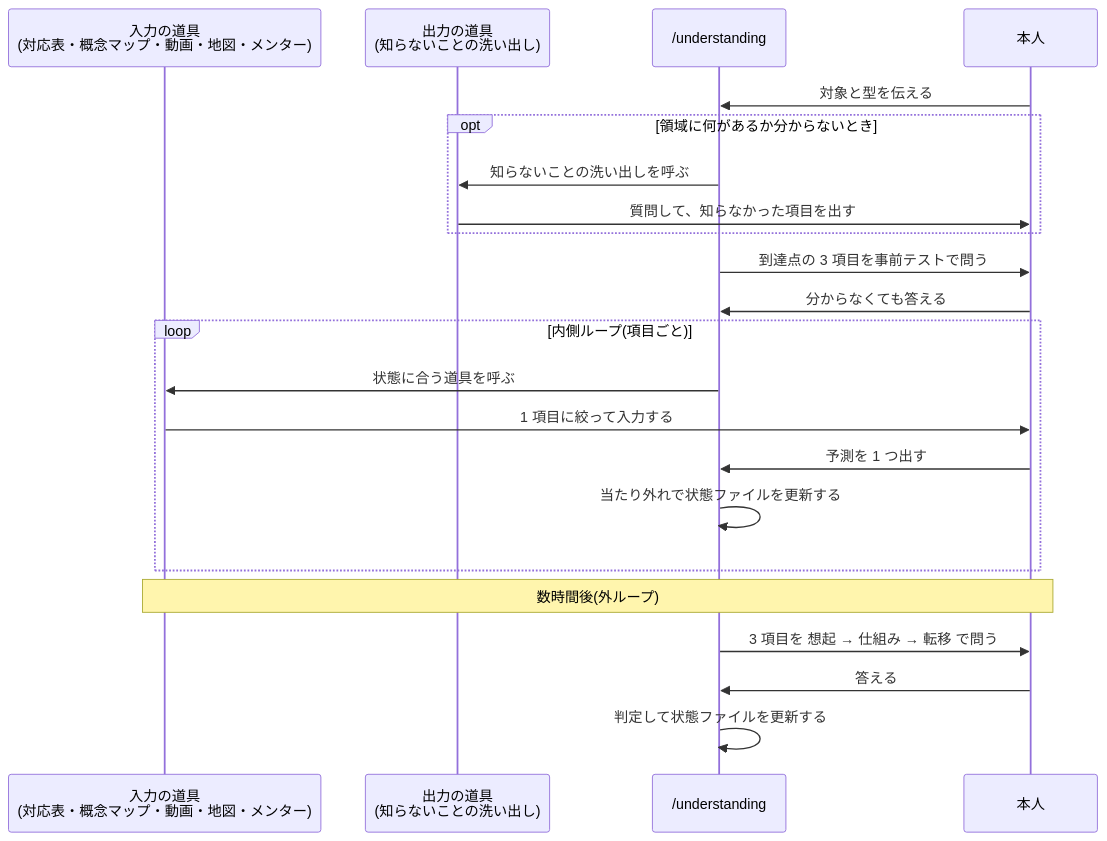
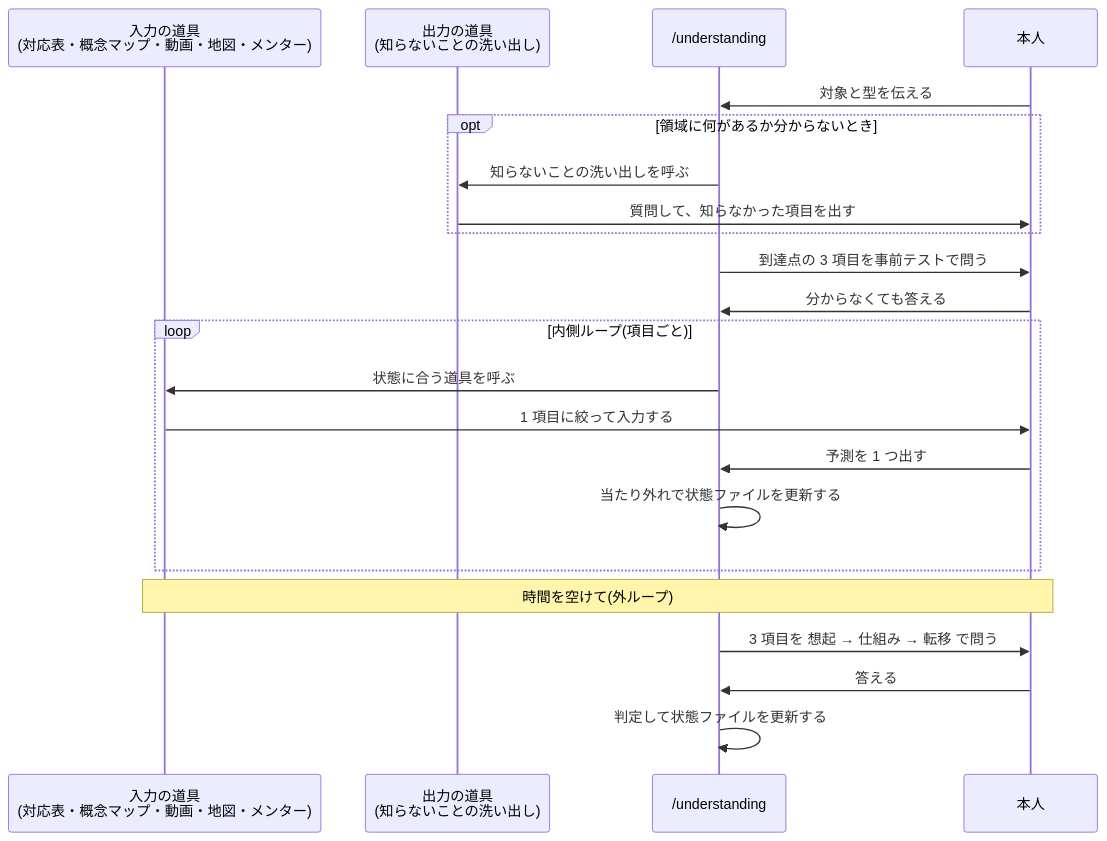
Before and after one commit to kimuchanman/kimuchanman.github.io: the second of 2 diagrams in src/content/blog/understanding-framework.md, drawn with Mermaid. The commit also changed other lines of this file, not shown here.

````diff
--- a/src/content/blog/understanding-framework.md
+++ b/src/content/blog/understanding-framework.md
@@ -209,24 +203,24 @@
 ```mermaid
 sequenceDiagram
   participant T as 入力の道具<br/>(対応表・概念マップ・動画・地図・メンター)
   participant O as 出力の道具<br/>(知らないことの洗い出し)
   participant U as /understanding
   participant H as 本人
   H->>U: 対象と型を伝える
   opt 領域に何があるか分からないとき
     U->>O: 知らないことの洗い出しを呼ぶ
     O->>H: 質問して、知らなかった項目を出す
   end
   U->>H: 到達点の 3 項目を事前テストで問う
   H->>U: 分からなくても答える
   loop 内側ループ(項目ごと)
     U->>T: 状態に合う道具を呼ぶ
     T->>H: 1 項目に絞って入力する
     H->>U: 予測を 1 つ出す
     U->>U: 当たり外れで状態ファイルを更新する
   end
-  Note over T,H: 数時間後(外ループ)
+  Note over T,H: 時間を空けて(外ループ)
   U->>H: 3 項目を 想起 → 仕組み → 転移 で問う
   H->>U: 答える
   U->>U: 判定して状態ファイルを更新する
 ```
````
